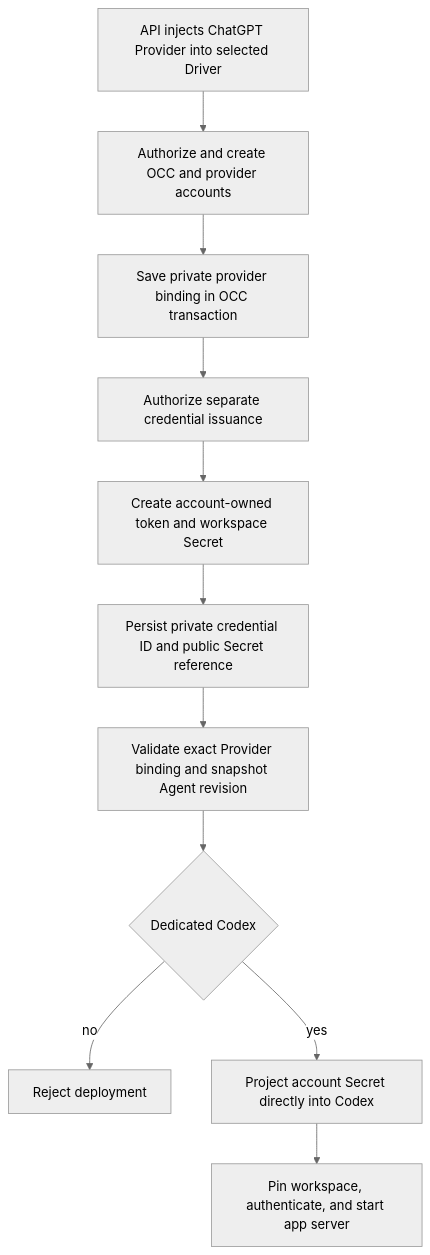
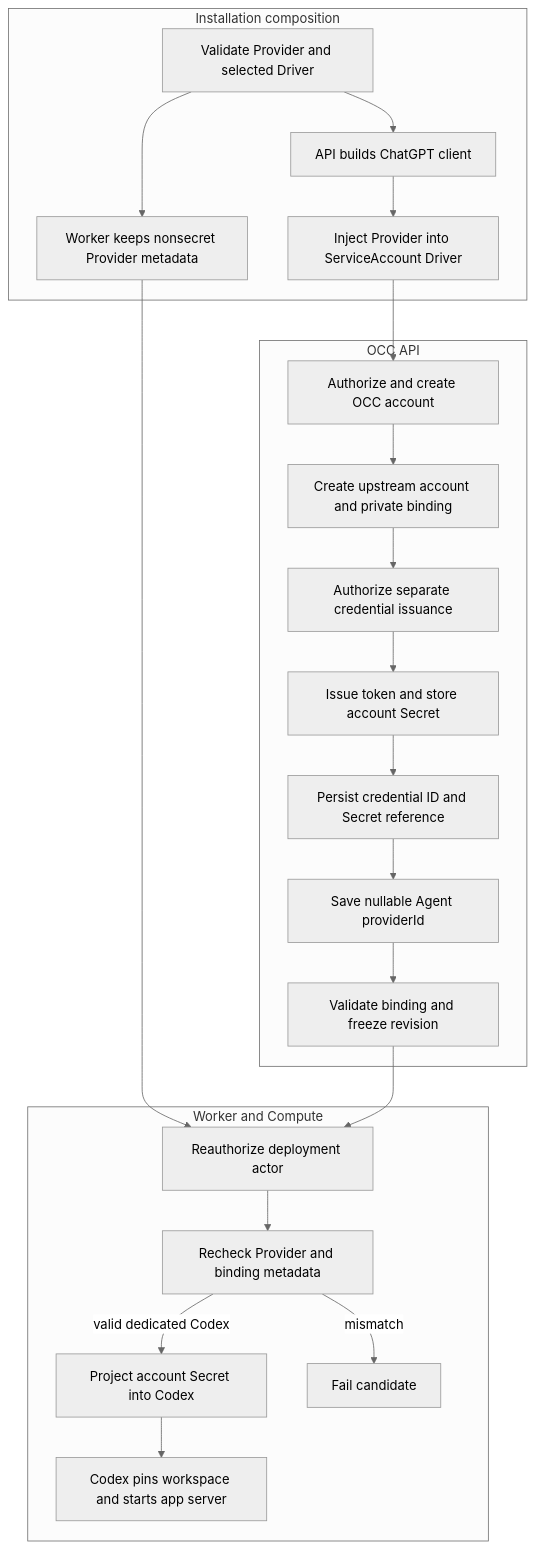
One commit to IsaiahStapleton/openclaw-enterprise changed the diagram in docs/flows/service-account-driver-credential-delivery.md. Above: the diagram before and after it, drawn with Mermaid (neutral theme). The commit also changed other lines of this file and 23 other files, not shown here.

Commit message:
docs: consolidate and correct runtime flow documentation

````diff
--- a/docs/flows/service-account-driver-credential-delivery.md
+++ b/docs/flows/service-account-driver-credential-delivery.md
@@ -27,13 +33,25 @@
 ```mermaid
 graph TD
-  A["API injects ChatGPT Provider into selected Driver"] --> B["Authorize and create OCC and provider accounts"]
-  B --> C["Save private provider binding in OCC transaction"]
-  C --> D["Authorize separate credential issuance"]
-  D --> E["Create account-owned token and workspace Secret"]
-  E --> F["Persist private credential ID and public Secret reference"]
-  F --> G["Validate exact Provider binding and snapshot Agent revision"]
-  G --> H{"Dedicated Codex"}
-  H -->|no| I["Reject deployment"]
-  H -->|yes| J["Project account Secret directly into Codex"]
-  J --> K["Pin workspace, authenticate, and start app server"]
+  subgraph Composition["Installation composition"]
+    A["Validate Provider and selected Driver"] --> B["API builds ChatGPT client"]
+    B --> C["Inject Provider into ServiceAccount Driver"]
+    A --> D["Worker keeps nonsecret Provider metadata"]
+  end
+  subgraph API["OCC API"]
+    C --> E["Authorize and create OCC account"]
+    E --> F["Create upstream account and private binding"]
+    F --> G["Authorize separate credential issuance"]
+    G --> H["Issue token and store account Secret"]
+    H --> I["Persist credential ID and Secret reference"]
+    I --> J["Save nullable Agent providerId"]
+    J --> K["Validate binding and freeze revision"]
+  end
+  subgraph Worker["Worker and Compute"]
+    D --> L["Reauthorize deployment actor"]
+    K --> L
+    L --> M["Recheck Provider and binding metadata"]
+    M -->|valid dedicated Codex| N["Project account Secret into Codex"]
+    M -->|mismatch| O["Fail candidate"]
+    N --> P["Codex pins workspace and starts app server"]
+  end
 ```
````
